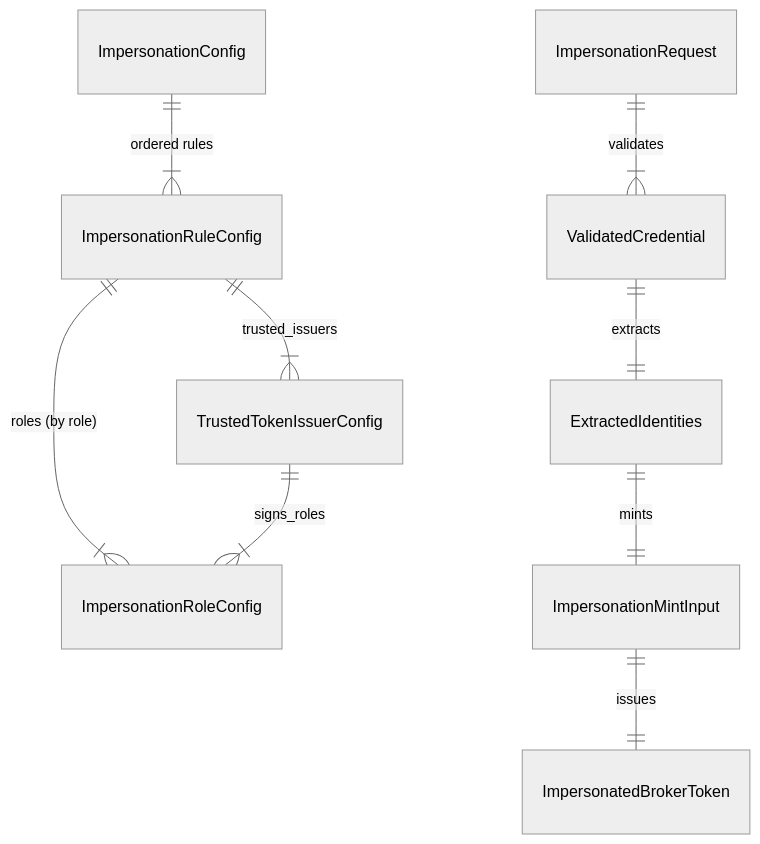
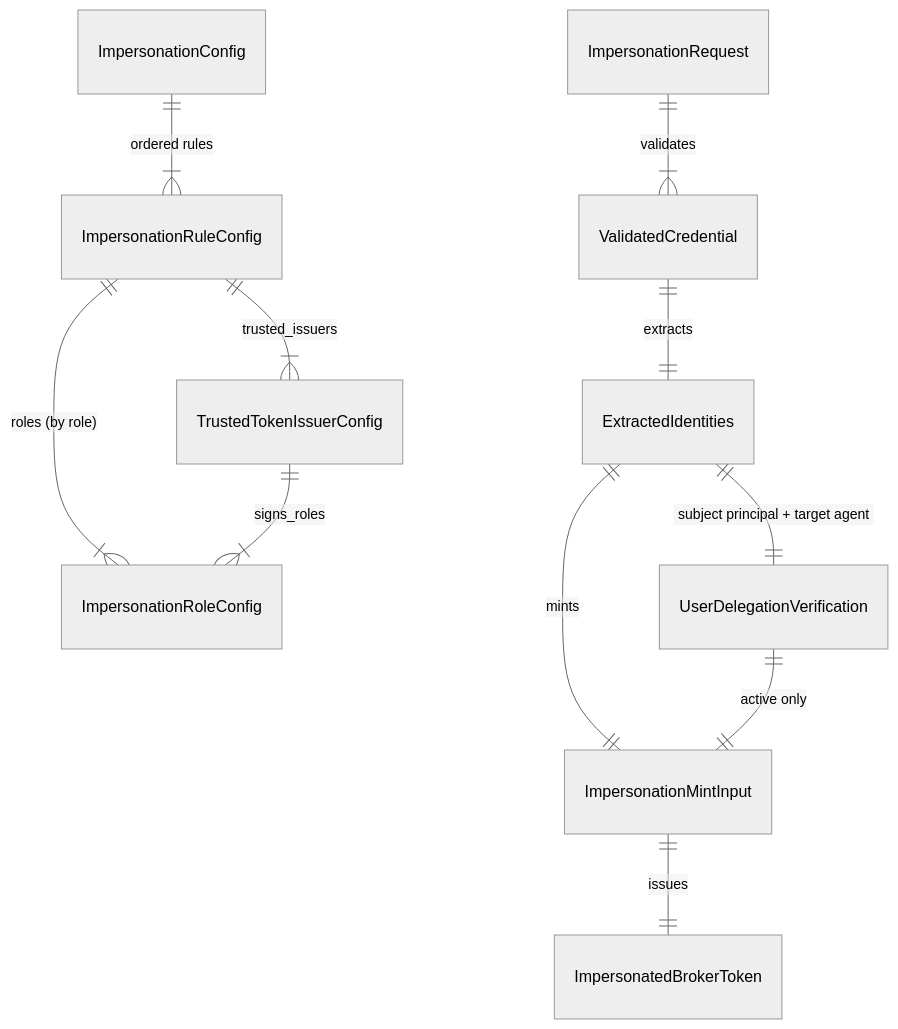
The first of 2 diagrams in specs/037-oauth2-user-impersonation/data-model.md (axsaucedo/agentic-identity-broker), drawn with Mermaid (neutral theme) before and after one commit. The commit also changed other lines of this file and 24 other files, not shown here.

First line of the commit message:
Enforce user consent for OAuth2 impersonation (#491)

````diff
--- a/specs/037-oauth2-user-impersonation/data-model.md
+++ b/specs/037-oauth2-user-impersonation/data-model.md
@@ -146,11 +157,13 @@
 ```mermaid
 erDiagram
     ImpersonationConfig ||--|{ ImpersonationRuleConfig : "ordered rules"
     ImpersonationRuleConfig ||--|{ ImpersonationRoleConfig : "roles (by role)"
     ImpersonationRuleConfig ||--|{ TrustedTokenIssuerConfig : "trusted_issuers"
     TrustedTokenIssuerConfig ||--|{ ImpersonationRoleConfig : "signs_roles"
     ImpersonationRequest ||--|{ ValidatedCredential : "validates"
     ValidatedCredential ||--|| ExtractedIdentities : "extracts"
     ExtractedIdentities ||--|| ImpersonationMintInput : "mints"
+    ExtractedIdentities ||--|| UserDelegationVerification : "subject principal + target agent"
+    UserDelegationVerification ||--|| ImpersonationMintInput : "active only"
     ImpersonationMintInput ||--|| ImpersonatedBrokerToken : "issues"
 ```
````
